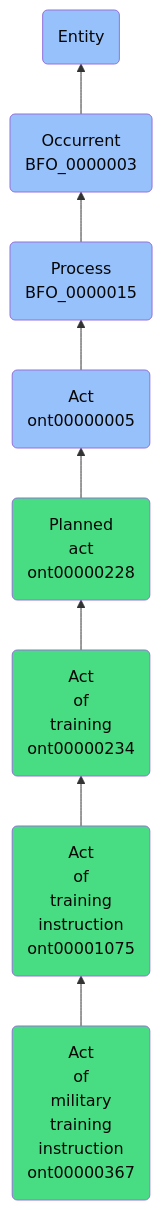
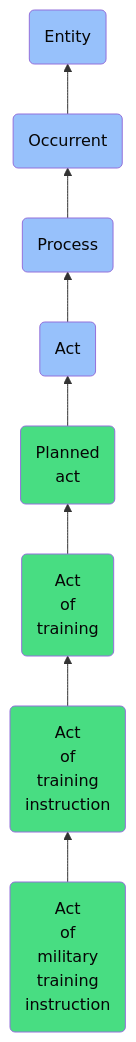
One commit to jupyter-naas/abi changed the diagram in docs/ontology/reference/model/Entity/Occurrent/Process/Act/Planned act/Act of training/Act of training instruction/Act of military training instruction/Act of military training instruction.md. Above: the diagram before and after it, drawn with Mermaid. The commit also changed other lines of this file and 1430 other files, not shown here.

````diff
--- a/docs/ontology/reference/model/Entity/Occurrent/Process/Act/Planned act/Act of training/Act of training instruction/Act of military training instruction/Act of military training instruction.md
+++ b/docs/ontology/reference/model/Entity/Occurrent/Process/Act/Planned act/Act of training/Act of training instruction/Act of military training instruction/Act of military training instruction.md
@@ -24,15 +24,15 @@
 ```mermaid
 graph BT
-    ont00000367(Act<br>of<br>military<br>training<br>instruction<br>ont00000367):::ABI-->ont00001075
-    ont00001075(Act<br>of<br>training<br>instruction<br>ont00001075):::ABI-->ont00000234
-    ont00000234(Act<br>of<br>training<br>ont00000234):::ABI-->ont00000228
-    ont00000228(Planned<br>act<br>ont00000228):::ABI-->ont00000005
-    ont00000005(Act<br>ont00000005):::BFO-->BFO_0000015
-    BFO_0000015(Process<br>BFO_0000015):::BFO-->BFO_0000003
-    BFO_0000003(Occurrent<br>BFO_0000003):::BFO-->BFO_0000001
+    ont00000367(Act<br>of<br>military<br>training<br>instruction):::ABI-->ont00001075
+    ont00001075(Act<br>of<br>training<br>instruction):::ABI-->ont00000234
+    ont00000234(Act<br>of<br>training):::ABI-->ont00000228
+    ont00000228(Planned<br>act):::ABI-->ont00000005
+    ont00000005(Act):::BFO-->BFO_0000015
+    BFO_0000015(Process):::BFO-->BFO_0000003
+    BFO_0000003(Occurrent):::BFO-->BFO_0000001
     BFO_0000001(Entity):::BFO
     
     classDef BFO fill:#97c1fb,color:#060606
     classDef CCO fill:#e4c51e,color:#060606
     classDef ABI fill:#48DD82,color:#060606
 ```
````
